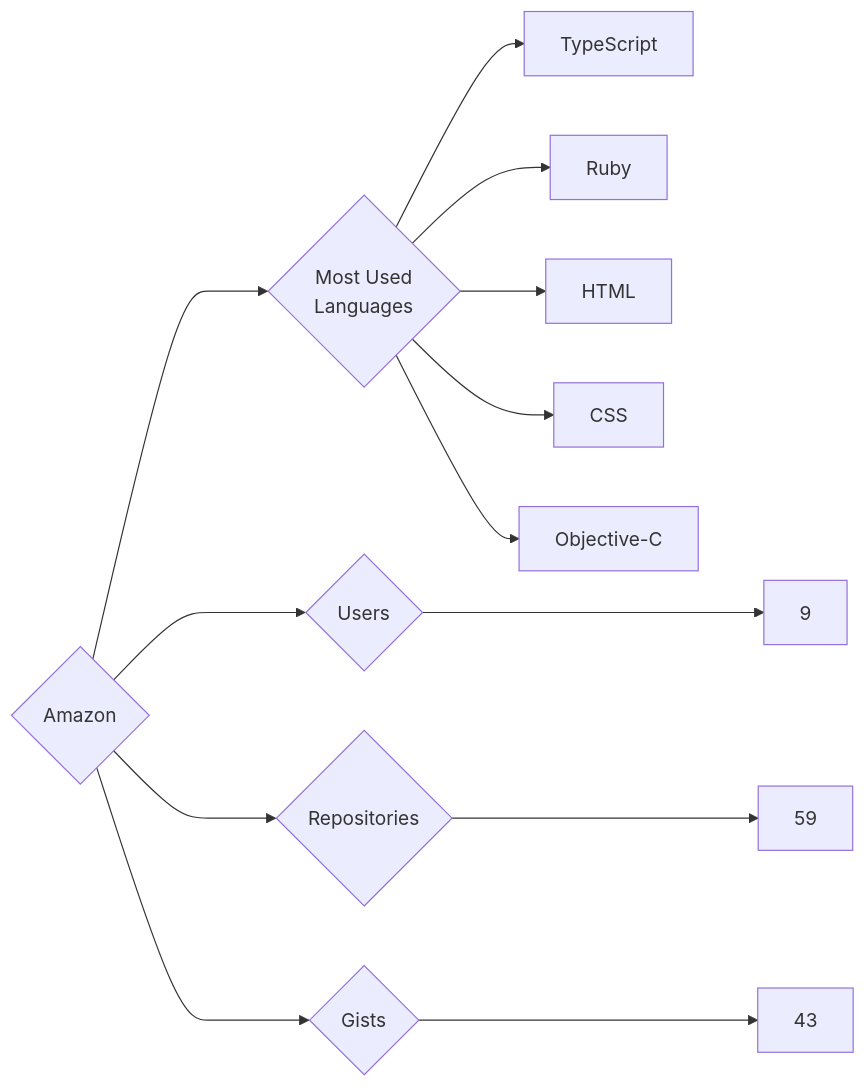
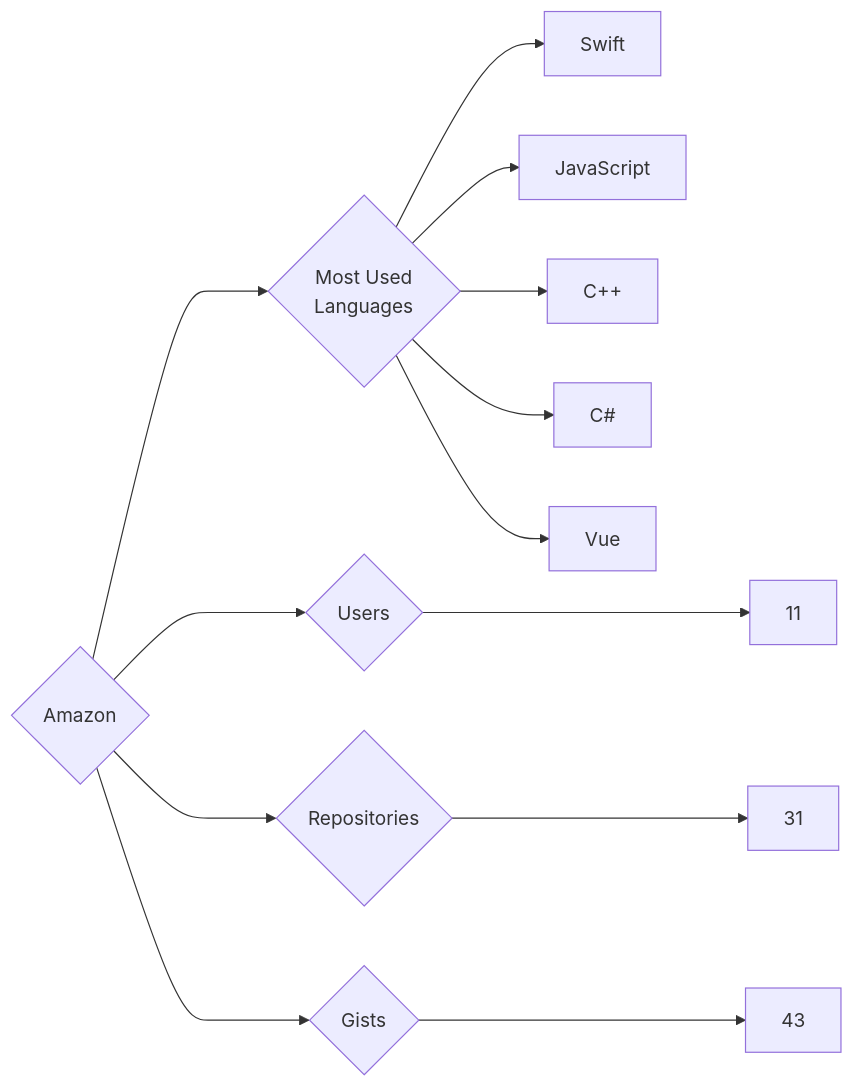
The diagram in targets/Amazon/README.md (trickest/insiders), drawn with Mermaid before and after one commit. The commit also changed 1314 other files, not shown here.

````diff
--- a/targets/Amazon/README.md
+++ b/targets/Amazon/README.md
@@ -3,13 +3,13 @@
 ```mermaid
 graph LR
 COMPANY_NAME{Amazon}
-COMPANY_NAME ---> U{Users} ---> UN[9]
-COMPANY_NAME ---> R{Repositories} ---> RN[59]
+COMPANY_NAME ---> U{Users} ---> UN[11]
+COMPANY_NAME ---> R{Repositories} ---> RN[31]
 COMPANY_NAME ---> G{Gists} ---> GN[43]
 COMPANY_NAME ---> ML{Most Used<br>Languages}
-ML --> TypeScript[TypeScript]
-ML --> Ruby[Ruby]
-ML --> HTML[HTML]
-ML --> CSS[CSS]
-ML --> Objective-C[Objective-C]
+ML --> Swift[Swift]
+ML --> JavaScript[JavaScript]
+ML --> C++[C++]
+ML --> C#[C#]
+ML --> Vue[Vue]
 ```
````
